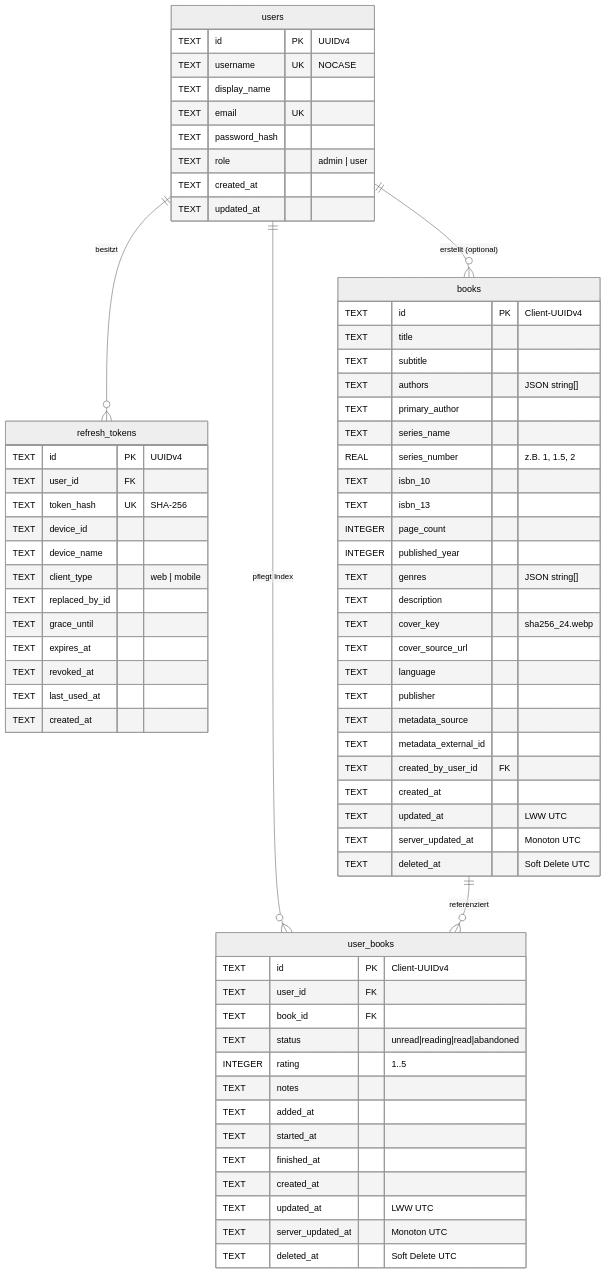
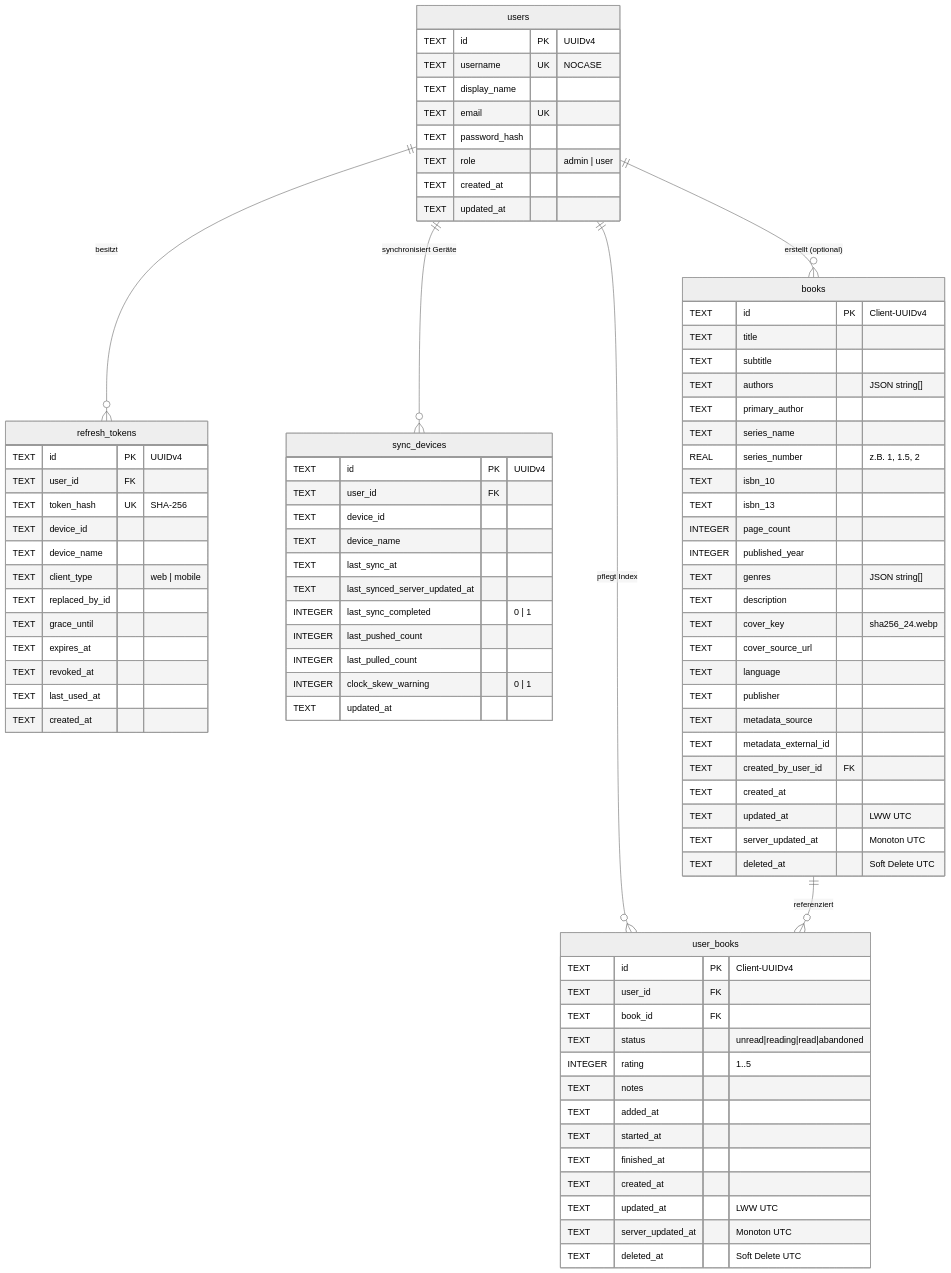
Before and after one commit to michpese/Bibliolisa: the second of 3 diagrams in docs/ARCHITECTURE.md, drawn with Mermaid (neutral theme). The commit also changed other lines of this file and 17 other files, not shown here.

First line of the commit message:
feat(mobile,server,web): add post-save add-another modal and web sync status (#2, #6)

````diff
--- a/docs/ARCHITECTURE.md
+++ b/docs/ARCHITECTURE.md
@@ -207,6 +207,7 @@
 ```mermaid
 erDiagram
     users ||--o{ refresh_tokens : "besitzt"
+    users ||--o{ sync_devices : "synchronisiert Geräte"
     users ||--o{ user_books : "pflegt Index"
     users ||--o{ books : "erstellt (optional)"
     books ||--o{ user_books : "referenziert"
@@ -279,4 +280,18 @@
         TEXT server_updated_at "Monoton UTC"
         TEXT deleted_at "Soft Delete UTC"
     }
+
+    sync_devices {
+        TEXT id PK "UUIDv4"
+        TEXT user_id FK
+        TEXT device_id
+        TEXT device_name
+        TEXT last_sync_at
+        TEXT last_synced_server_updated_at
+        INTEGER last_sync_completed "0 | 1"
+        INTEGER last_pushed_count
+        INTEGER last_pulled_count
+        INTEGER clock_skew_warning "0 | 1"
+        TEXT updated_at
+    }
 ```
````
